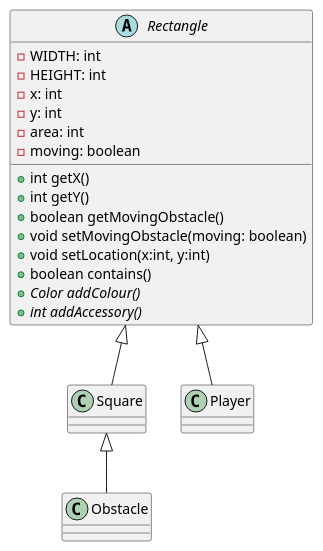
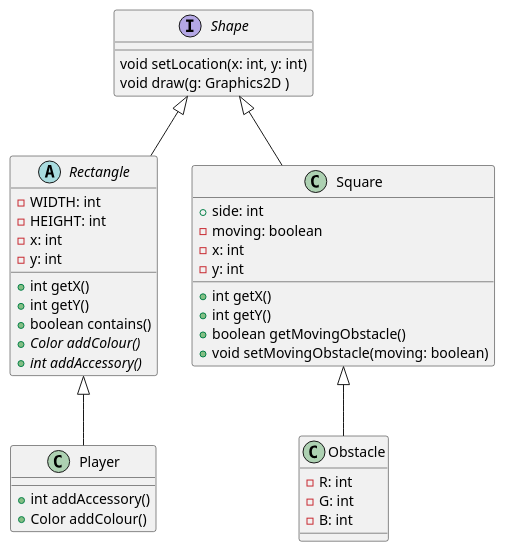
One commit to emilyswitzer/JavaJumpGame changed the diagram in images/Player.puml. Above: the diagram before and after it, drawn with PlantUML. The commit also changed 10 other files, not shown here.

```diff
--- a/images/Player.puml
+++ b/images/Player.puml
@@ -1,39 +1,59 @@
 @startuml
 'https://plantuml.com/class-diagram
+ interface Shape {
+
+  void setLocation(x: int, y: int)
+  void draw(g: Graphics2D )
+
+ }
+
+
 
 abstract class Rectangle {
     -WIDTH: int
     -HEIGHT: int
     -x: int
     -y: int
-    -area: int
-    -moving: boolean
 
     +int getX()
     +int getY()
-    +boolean getMovingObstacle()
-    +void setMovingObstacle(moving: boolean)
-    +void setLocation(x:int, y:int)
     +boolean contains()
     +Color {abstract} addColour()
     +int {abstract} addAccessory()
 
 }
 class Square {
+    +side: int
+    -moving: boolean
+    -x: int
+    -y: int
+
+    + int getX()
+    + int getY()
+    + boolean getMovingObstacle()
+    +void setMovingObstacle(moving: boolean)
 
 }
 
+class Player {
 
-class Player {
+    +int addAccessory()
+    +Color addColour()
 
 }
 
+class Obstacle {
+   -R: int
+   -G: int
+   -B: int
+}
 
-Rectangle <|-- Square
+Shape <|-- Rectangle
+Shape <|-- Square
 Square <|-- Obstacle
 Rectangle <|-- Player
 
 
 
 
 @enduml
```
